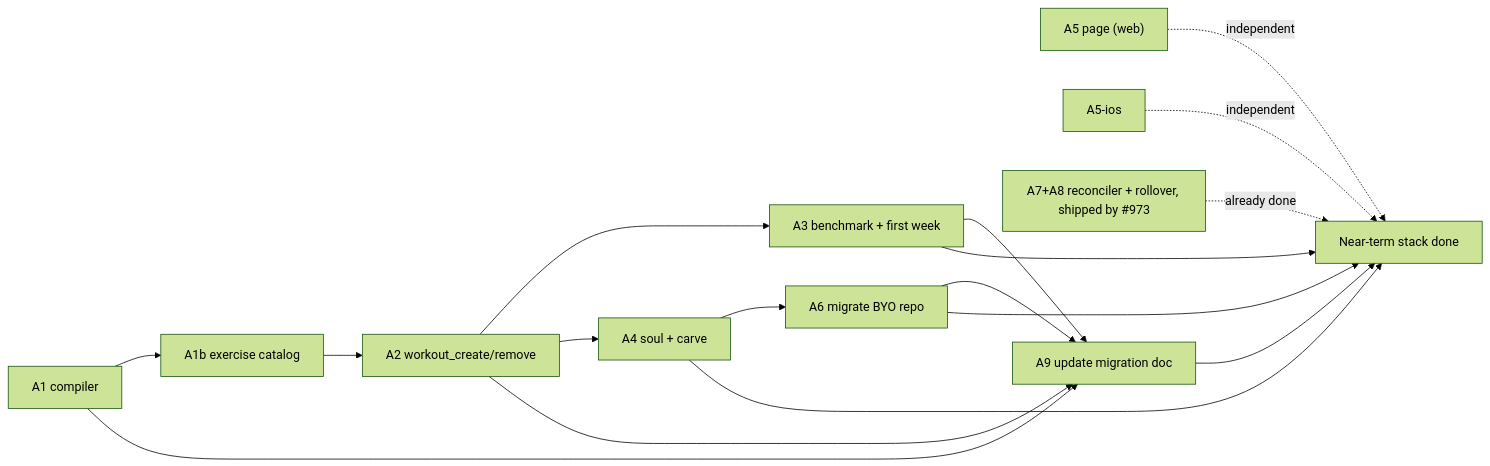
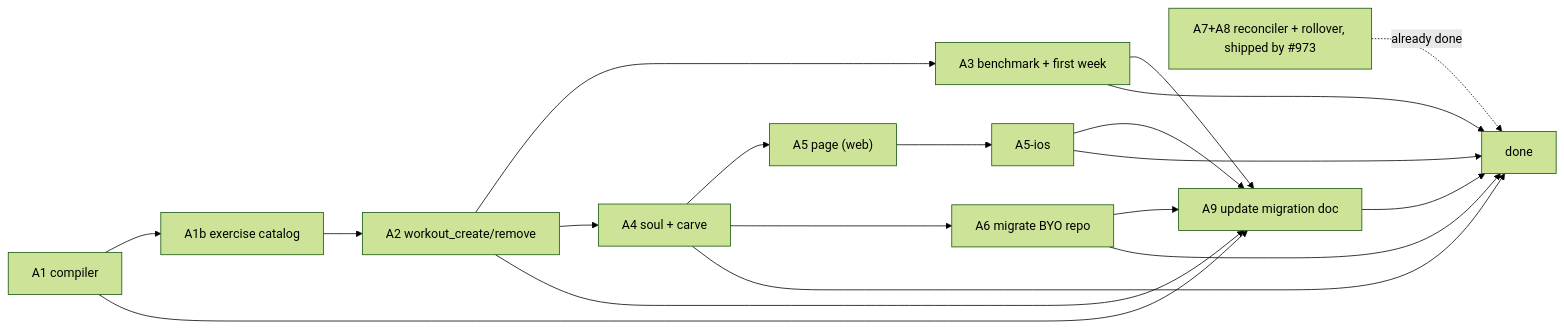
The diagram in docs/plans/workouts-redesign-lld.md (sibling-shipyard/coach-hq), drawn with Mermaid (forest theme) before and after one commit. The commit also changed other lines of this file and 1 other file, not shown here.

First line of the commit message:
docs: stack A5/A5-ios on the backend chain instead of main (#727)

````diff
--- a/docs/plans/workouts-redesign-lld.md
+++ b/docs/plans/workouts-redesign-lld.md
@@ -52,19 +52,21 @@
 ```mermaid
 flowchart LR
-  A5["A5 page (web)"] -.->|independent| done["Near-term stack done"]
-  A5ios["A5-ios"] -.->|independent| done
+  A4 --> A5["A5 page (web)"]
+  A5 --> A5ios["A5-ios"]
   A1["A1 compiler"] --> A1b["A1b exercise catalog"]
   A1b --> A2["A2 workout_create/remove"]
   A2 --> A3["A3 benchmark + first week"]
   A2 --> A4["A4 soul + carve"]
   A4 --> A6["A6 migrate BYO repo"]
   A73["A7+A8 reconciler + rollover, shipped by #973"] -.->|already done| done
   A1 --> A9["A9 update migration doc"]
   A2 --> A9
   A3 --> A9
+  A5ios --> A9
   A6 --> A9
   A3 --> done
   A4 --> done
+  A5ios --> done
   A6 --> done
   A9 --> done
 ```
````
